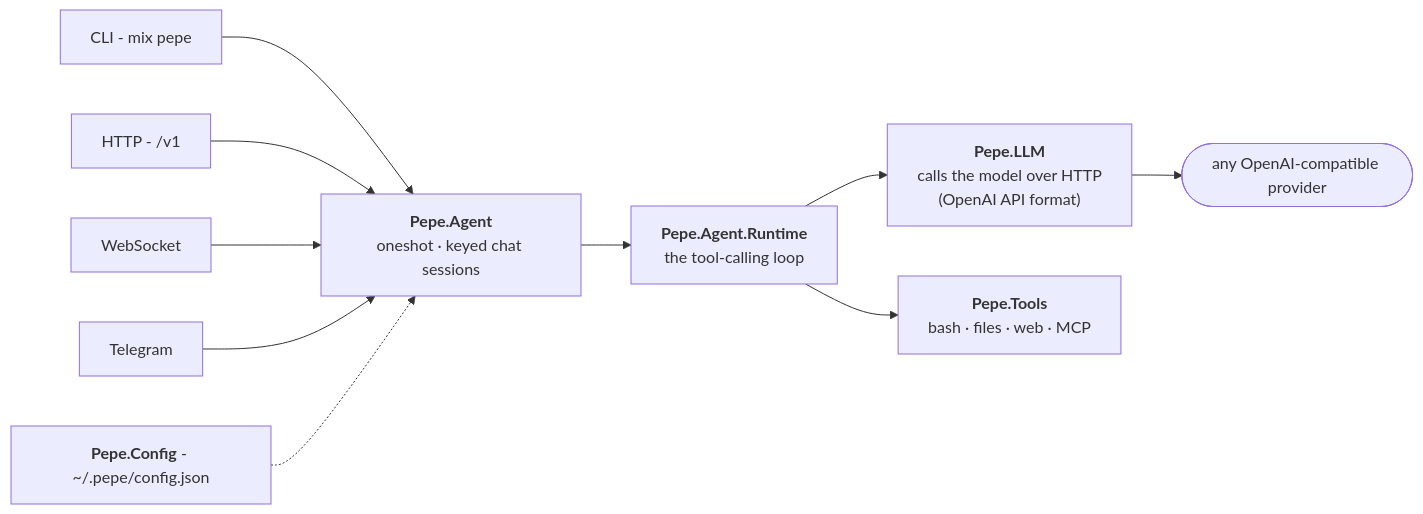
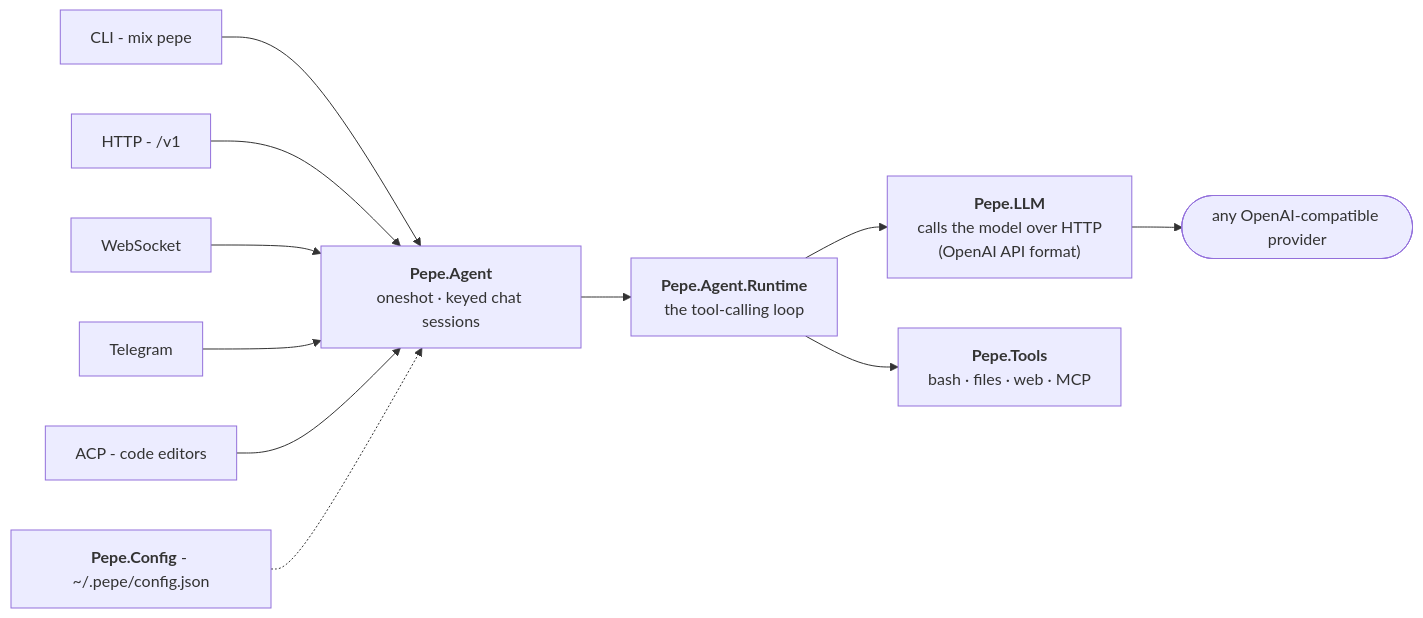
Before and after one commit to pepe-agent/pepe: the diagram in docs/architecture.md, drawn with Mermaid. The commit also changed other lines of this file and 15 other files, not shown here.

````diff
--- a/docs/architecture.md
+++ b/docs/architecture.md
@@ -7,13 +7,14 @@
 ```mermaid
 flowchart LR
     CLI["CLI - mix pepe"] --> AG
     API["HTTP - /v1"] --> AG
     WS["WebSocket"] --> AG
     TG["Telegram"] --> AG
+    ACP["ACP - code editors"] --> AG
 
     AG["<b>Pepe.Agent</b><br/>oneshot · keyed chat sessions"] --> RT
     RT["<b>Pepe.Agent.Runtime</b><br/>the tool-calling loop"] --> LLM
     RT --> TL["<b>Pepe.Tools</b><br/>bash · files · web · MCP"]
     LLM["<b>Pepe.LLM</b><br/>calls the model over HTTP<br/>(OpenAI API format)"] --> PROV(["any OpenAI-compatible provider"])
     CFG["<b>Pepe.Config</b> - ~/.pepe/config.json"] -.-> AG
 ```
````
